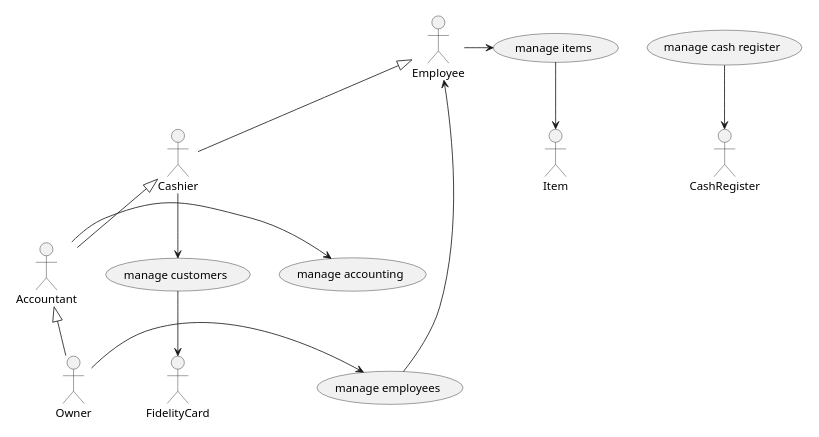
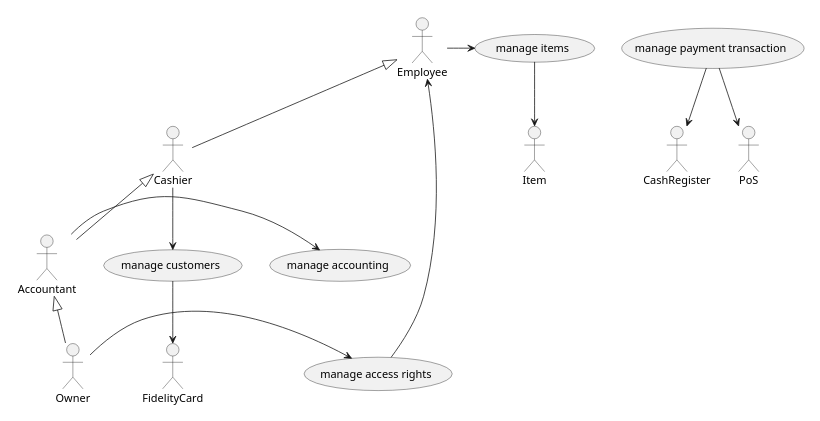
Before and after one commit to djemar/softeng_ezshop: the second of 6 diagrams in Deliverables/RequirementsDocument.md, drawn with PlantUML. The commit also changed other lines of this file, not shown here.

Commit message:
update use case diagram

````diff
--- a/Deliverables/RequirementsDocument.md
+++ b/Deliverables/RequirementsDocument.md
@@ -201,21 +201,24 @@
 ```plantuml
 scale 500 width
 actor Owner as o
 actor Employee as e
 actor CashRegister as ca
 actor Item as i
 actor Accountant as acc
 actor FidelityCard as fc
 actor Cashier as c
+actor PoS as pos
+
 acc -> (manage accounting)
 e -> (manage items)
 (manage items) --> i
-(manage cash register) --> ca
+(manage payment transaction) --> ca
+(manage payment transaction) --> pos
 c --> (manage customers)
 (manage customers) --> fc
-o -> (manage employees)
-(manage employees) -> e
+o -> (manage access rights)
+(manage access rights) -> e
 o -up-|> acc
 acc -up-|> c
 c -up-|> e
 ```
````
